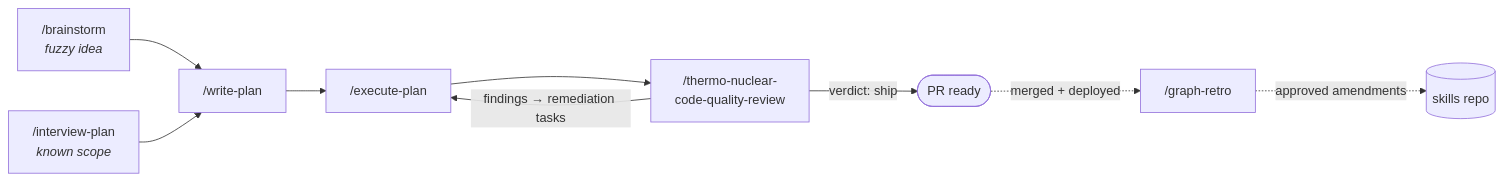
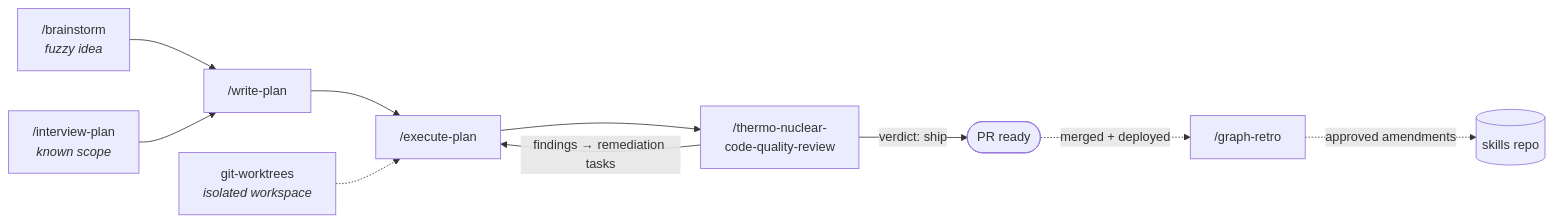
Before and after one commit to ayberkcansever/ai-skills: the diagram in README.md, drawn with Mermaid. The commit also changed other lines of this file and 7 other files, not shown here.

Commit message:
feat: add git-worktrees skill for isolated workspaces; banner and README show it supporting execute-plan

````diff
--- a/README.md
+++ b/README.md
@@ -70,11 +71,12 @@
 ```mermaid
 flowchart LR
     B["/brainstorm<br/><i>fuzzy idea</i>"] --> W["/write-plan"]
     I["/interview-plan<br/><i>known scope</i>"] --> W
     W --> E["/execute-plan"]
+    WT["git-worktrees<br/><i>isolated workspace</i>"] -.-> E
     E --> R["/thermo-nuclear-<br/>code-quality-review"]
     R -->|"verdict: ship"| PR(["PR ready"])
     R -->|"findings → remediation tasks"| E
     PR -.->|"merged + deployed"| G["/graph-retro"]
     G -.->|"approved amendments"| S[("skills repo")]
 ```
````
